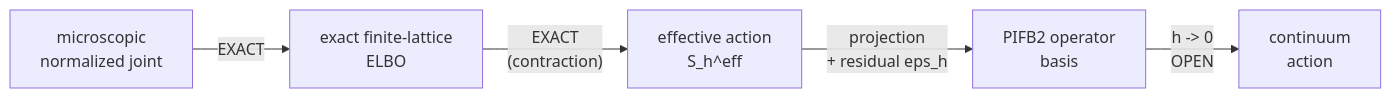
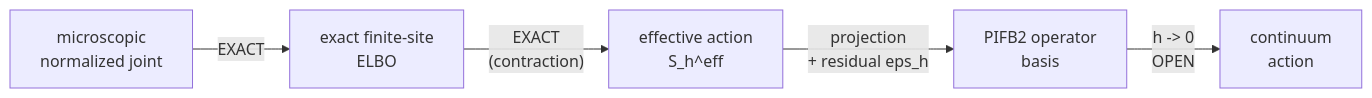
One commit to cdenn016/MultiAgentELBO changed the second of 2 diagrams in overview.md. Above: the diagram before and after it, drawn with Mermaid. The commit also changed other lines of this file and 18 other files, not shown here.

````diff
--- a/overview.md
+++ b/overview.md
@@ -93,7 +93,7 @@
 ```mermaid
 flowchart LR
-    A["microscopic<br/>normalized joint"] -->|EXACT| B["exact finite-lattice<br/>ELBO"]
+    A["microscopic<br/>normalized joint"] -->|EXACT| B["exact finite-site<br/>ELBO"]
     B -->|"EXACT<br/>(contraction)"| C["effective action<br/>S_h^eff"]
     C -->|"projection<br/>+ residual eps_h"| D["PIFB2 operator<br/>basis"]
     D -->|"h -> 0<br/>OPEN"| E["continuum<br/>action"]
 ```
````
